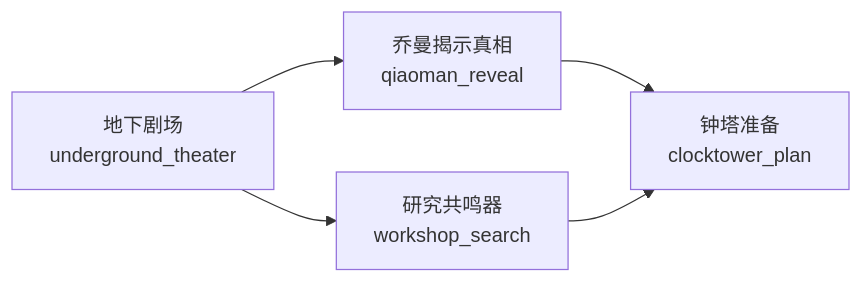
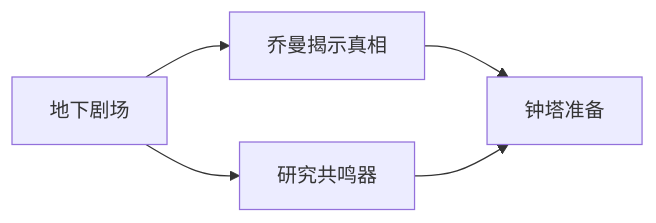
One commit to adcssa/game changed the fourth of 6 diagrams in 剧情流程图.md. Above: the diagram before and after it, drawn with Mermaid. The commit also changed other lines of this file, not shown here.

Commit message:
Localize flowchart labels to Chinese

````diff
--- a/剧情流程图.md
+++ b/剧情流程图.md
@@ -116,7 +116,7 @@
 ```mermaid
 flowchart LR
-    A["地下剧场<br/>underground_theater"] --> B["乔曼揭示真相<br/>qiaoman_reveal"]
-    A --> C["研究共鸣器<br/>workshop_search"]
-    B --> D["钟塔准备<br/>clocktower_plan"]
+    A["地下剧场"] --> B["乔曼揭示真相"]
+    A --> C["研究共鸣器"]
+    B --> D["钟塔准备"]
     C --> D
 ```
````
